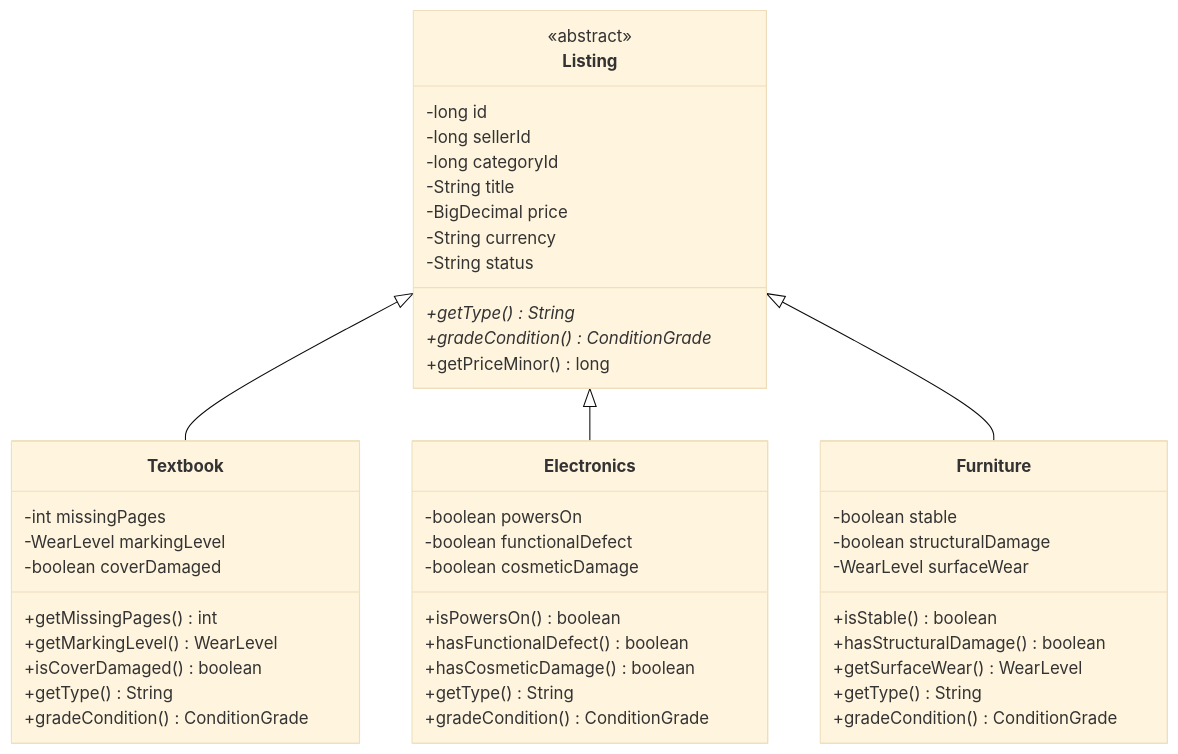
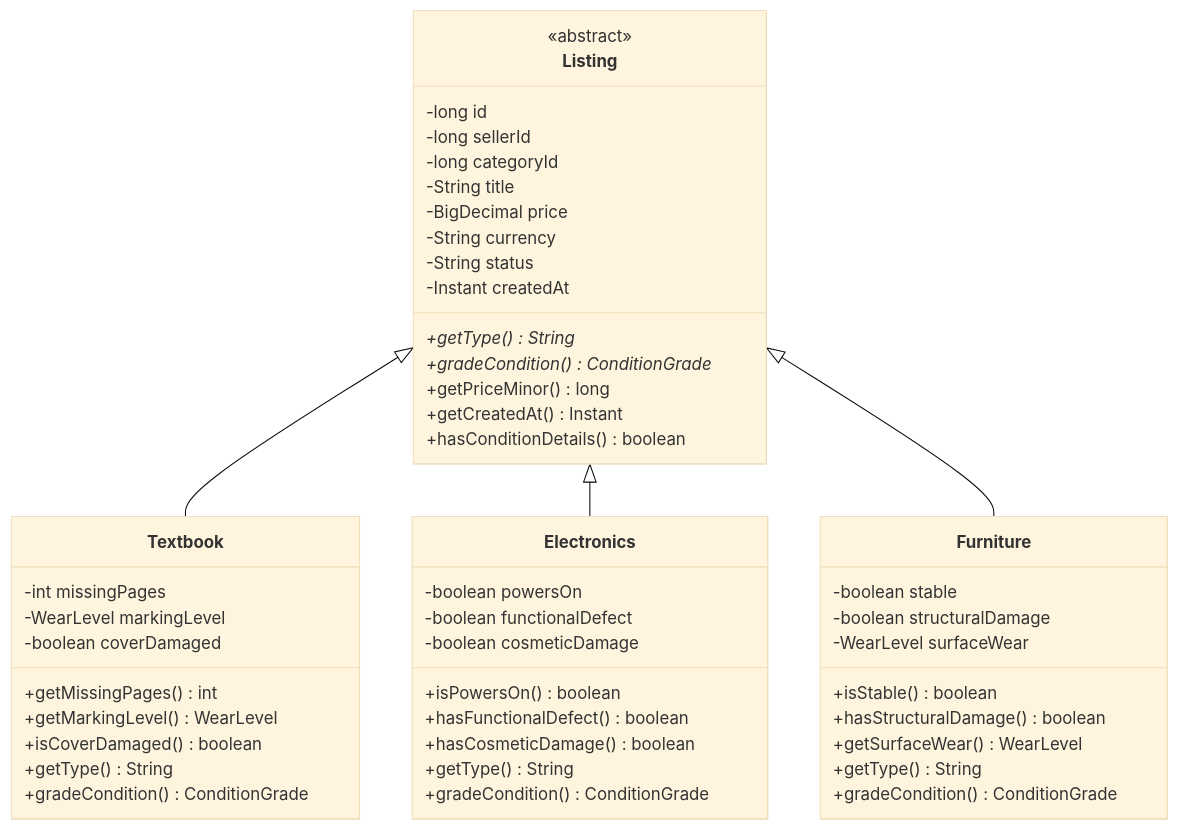
Before and after one commit to XionAce/cpe314-69323-capstone-team-01: the first of 5 diagrams in docs/design-document.md, drawn with Mermaid (base theme). The commit also changed other lines of this file and 9 other files, not shown here.

````diff
--- a/docs/design-document.md
+++ b/docs/design-document.md
@@ -81,49 +81,52 @@
 ```mermaid
 classDiagram
     class Listing {
         <<abstract>>
         -long id
         -long sellerId
         -long categoryId
         -String title
         -BigDecimal price
         -String currency
         -String status
+        -Instant createdAt
         +getType() String*
         +gradeCondition() ConditionGrade*
         +getPriceMinor() long
+        +getCreatedAt() Instant
+        +hasConditionDetails() boolean
     }
     class Textbook {
         -int missingPages
         -WearLevel markingLevel
         -boolean coverDamaged
         +getMissingPages() int
         +getMarkingLevel() WearLevel
         +isCoverDamaged() boolean
         +getType() String
         +gradeCondition() ConditionGrade
     }
     class Electronics {
         -boolean powersOn
         -boolean functionalDefect
         -boolean cosmeticDamage
         +isPowersOn() boolean
         +hasFunctionalDefect() boolean
         +hasCosmeticDamage() boolean
         +getType() String
         +gradeCondition() ConditionGrade
     }
     class Furniture {
         -boolean stable
         -boolean structuralDamage
         -WearLevel surfaceWear
         +isStable() boolean
         +hasStructuralDamage() boolean
         +getSurfaceWear() WearLevel
         +getType() String
         +gradeCondition() ConditionGrade
     }
     Listing <|-- Textbook
     Listing <|-- Electronics
     Listing <|-- Furniture
 ```
````
